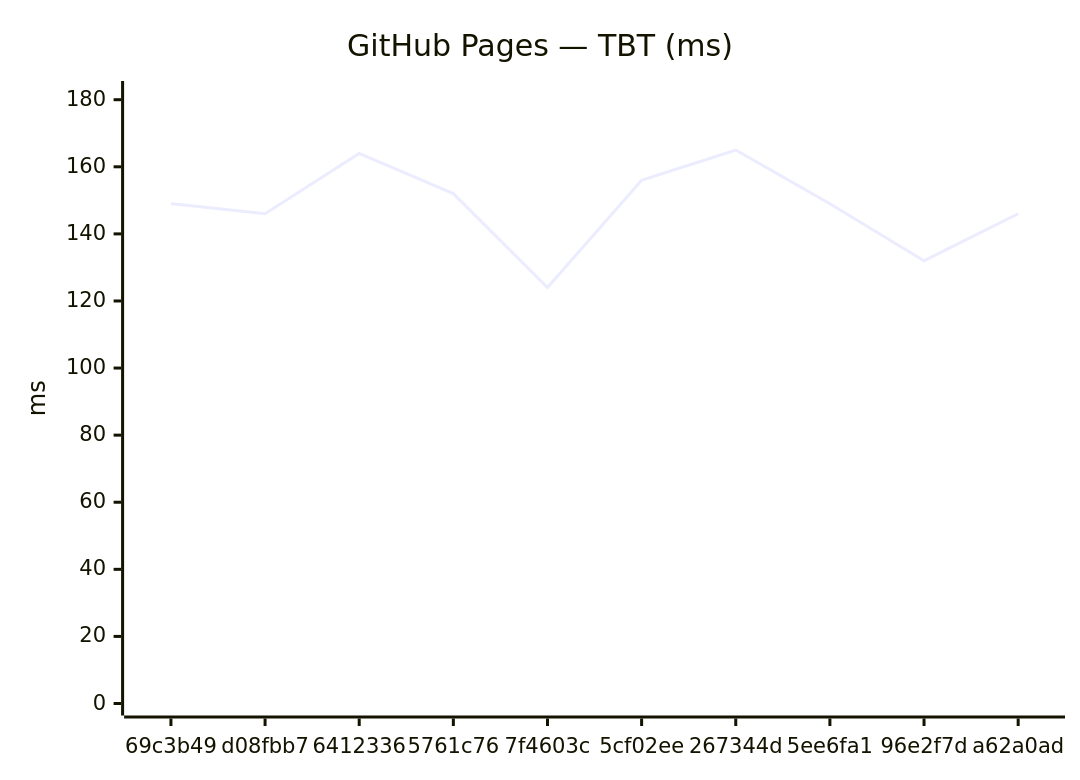
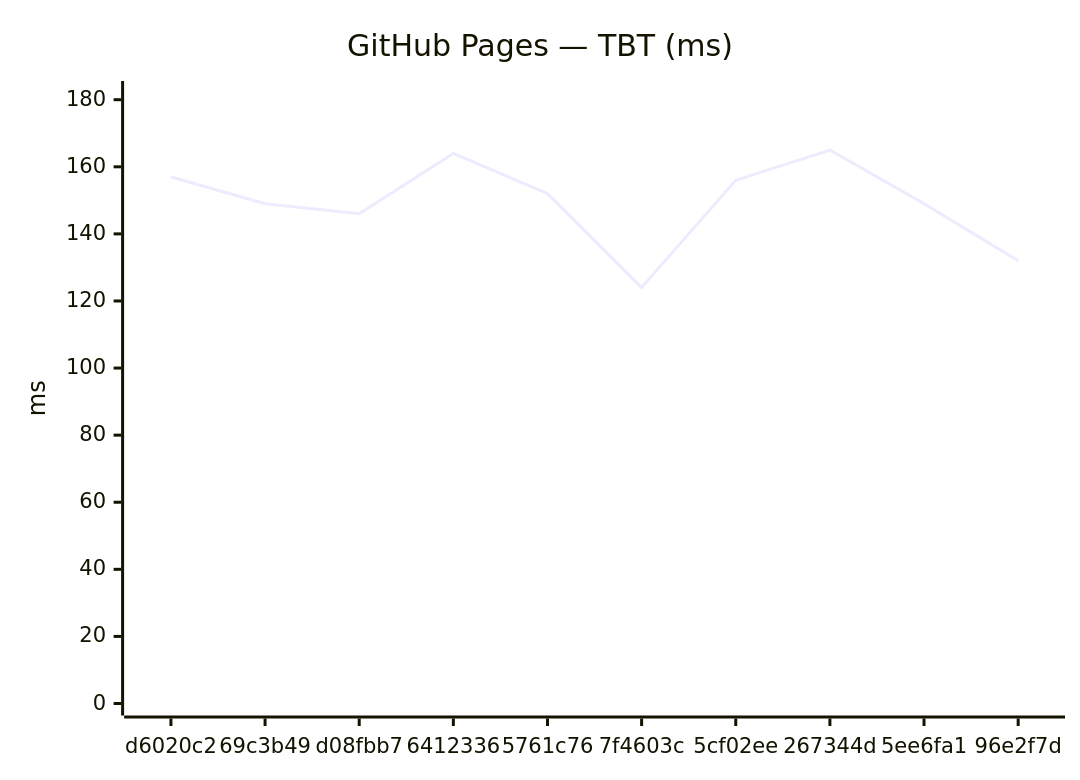
Before and after one commit to Metaheurist/Rianell: the fourth of 18 diagrams in benchmarks/compare.md, drawn with Mermaid. The commit also changed other lines of this file and 11 other files, not shown here.

````diff
--- a/benchmarks/compare.md
+++ b/benchmarks/compare.md
@@ -61,7 +61,7 @@
 ```mermaid
 xychart-beta
     title "GitHub Pages — TBT (ms)"
-    x-axis ["69c3b49", "d08fbb7", "6412336", "5761c76", "7f4603c", "5cf02ee", "267344d", "5ee6fa1", "96e2f7d", "a62a0ad"]
+    x-axis ["d6020c2", "69c3b49", "d08fbb7", "6412336", "5761c76", "7f4603c", "5cf02ee", "267344d", "5ee6fa1", "96e2f7d"]
     y-axis "ms" 0 --> 182
-    line [149, 146, 164, 152, 124, 156, 165, 149, 132, 146]
+    line [157, 149, 146, 164, 152, 124, 156, 165, 149, 132]
 ```
````
